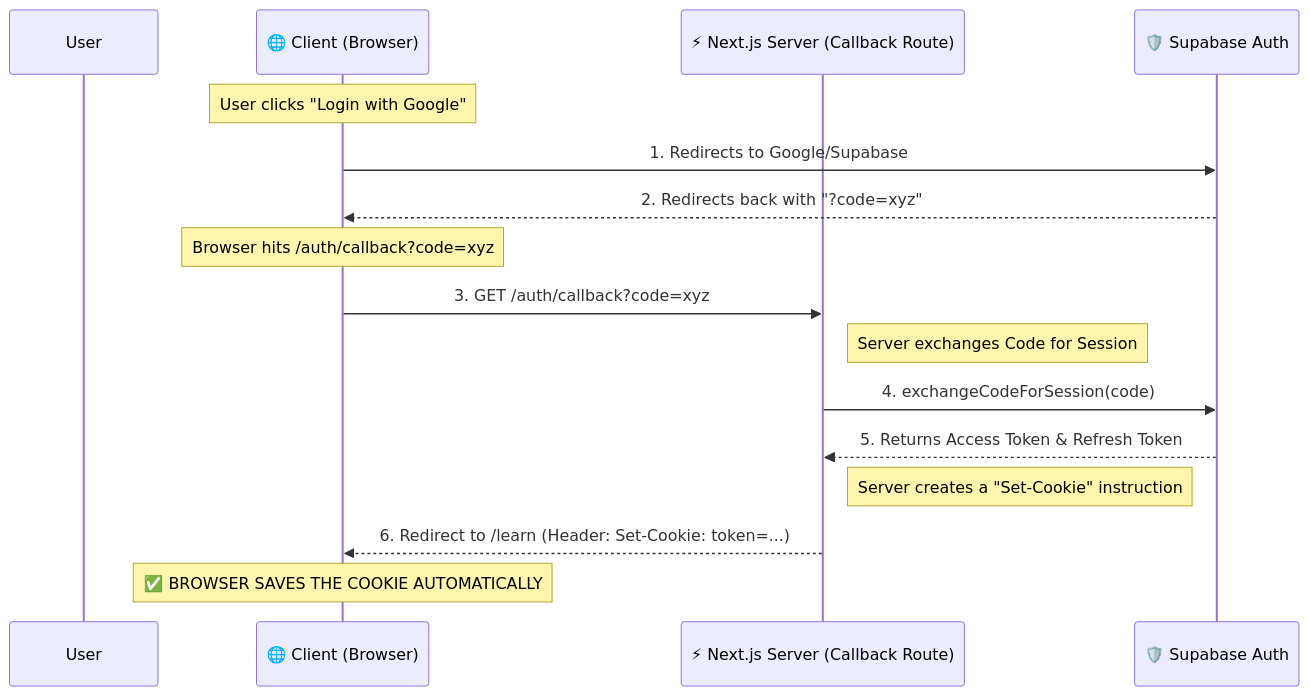
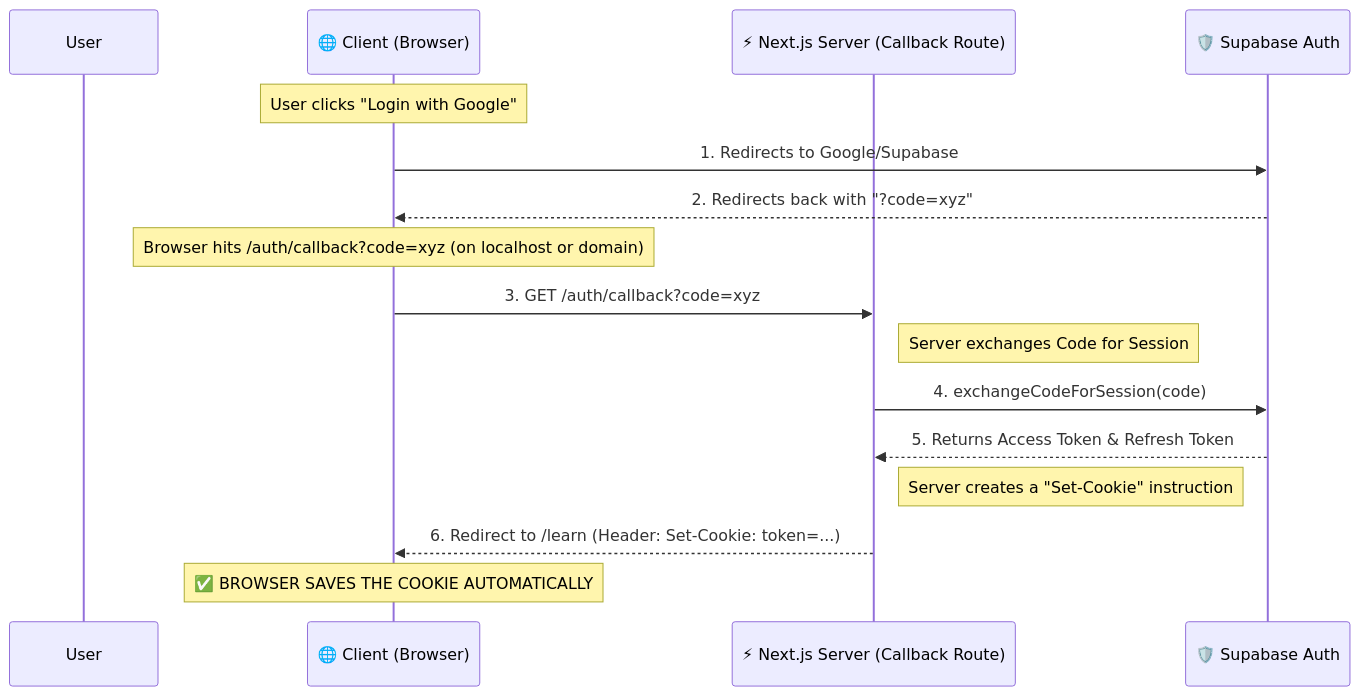
The first of 2 diagrams in docs/AUTH_FLOW.md (kemaltf/bilingualmates-v3), drawn with Mermaid before and after one commit. The commit also changed 10 other files, not shown here.

First line of the commit message:
feat(learning-paths): add detailed course pages with checkout flow

````diff
--- a/docs/AUTH_FLOW.md
+++ b/docs/AUTH_FLOW.md
@@ -11,23 +11,23 @@
 ```mermaid
 sequenceDiagram
     participant User
     participant Browser as 🌐 Client (Browser)
     participant Server as ⚡ Next.js Server (Callback Route)
     participant Supabase as 🛡️ Supabase Auth
 
     Note over Browser: User clicks "Login with Google"
     Browser->>Supabase: 1. Redirects to Google/Supabase
     Supabase-->>Browser: 2. Redirects back with "?code=xyz"
 
-    Note over Browser: Browser hits /auth/callback?code=xyz
+    Note over Browser: Browser hits /auth/callback?code=xyz (on localhost or domain)
     Browser->>Server: 3. GET /auth/callback?code=xyz
 
     Note right of Server: Server exchanges Code for Session
     Server->>Supabase: 4. exchangeCodeForSession(code)
     Supabase-->>Server: 5. Returns Access Token & Refresh Token
 
     Note right of Server: Server creates a "Set-Cookie" instruction
     Server-->>Browser: 6. Redirect to /learn (Header: Set-Cookie: token=...)
 
     Note over Browser: ✅ BROWSER SAVES THE COOKIE AUTOMATICALLY
 ```
````
